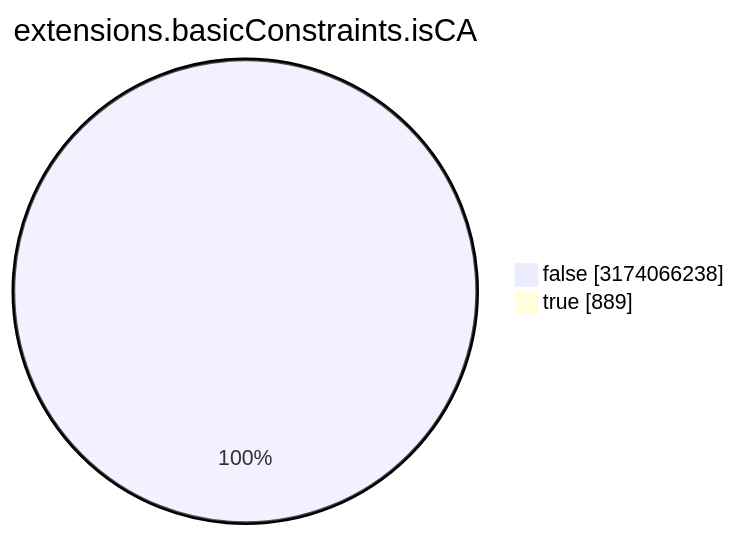
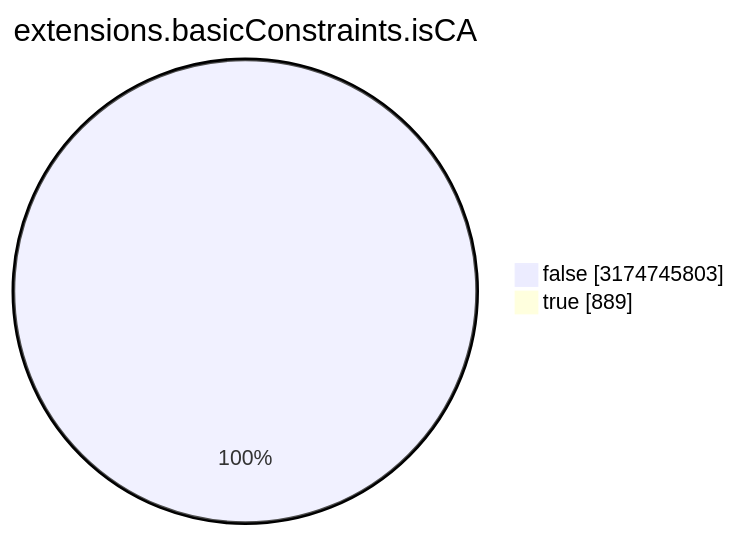
One commit to christiankrug/ctmonitor_visualization changed the seventh of 15 diagrams in TOTAL/README.md. Above: the diagram before and after it, drawn with Mermaid. The commit also changed other lines of this file, not shown here.

````diff
--- a/TOTAL/README.md
+++ b/TOTAL/README.md
@@ -3088,6 +3088,6 @@
 ```mermaid
 pie showData
 title extensions.basicConstraints.isCA
-"false" :3174066238
+"false" :3174745803
 "true" :889
 ```
````
